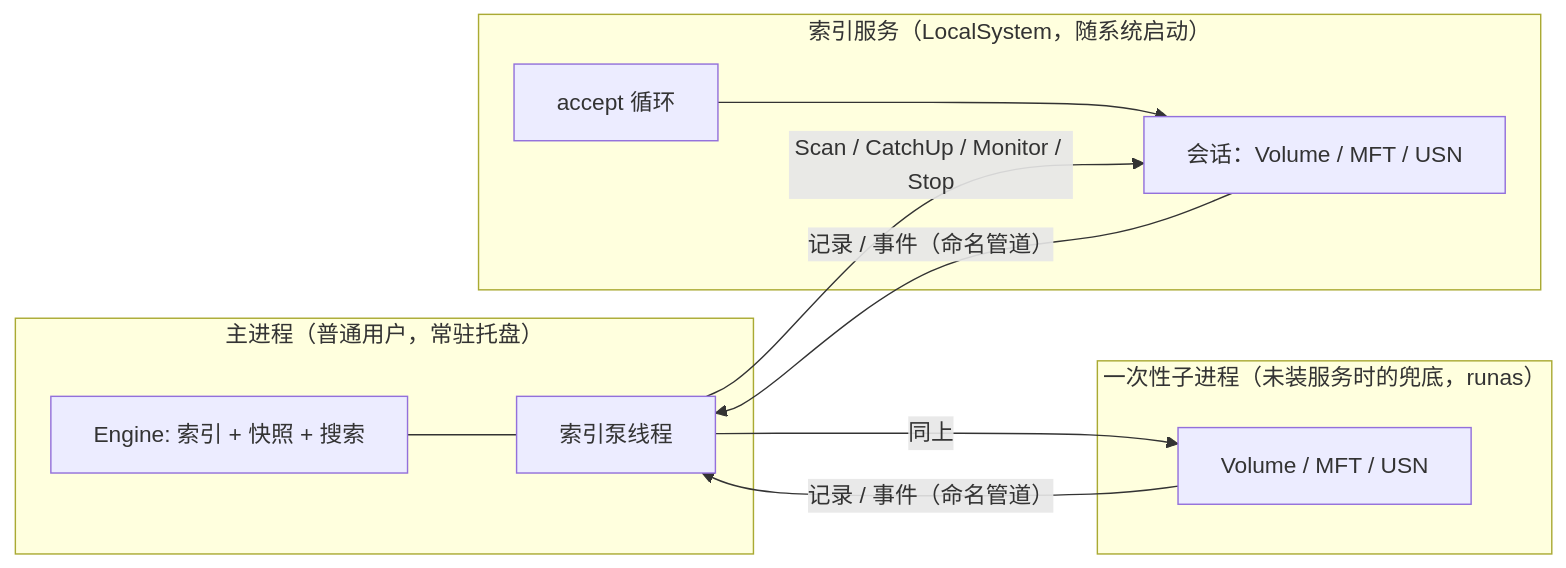
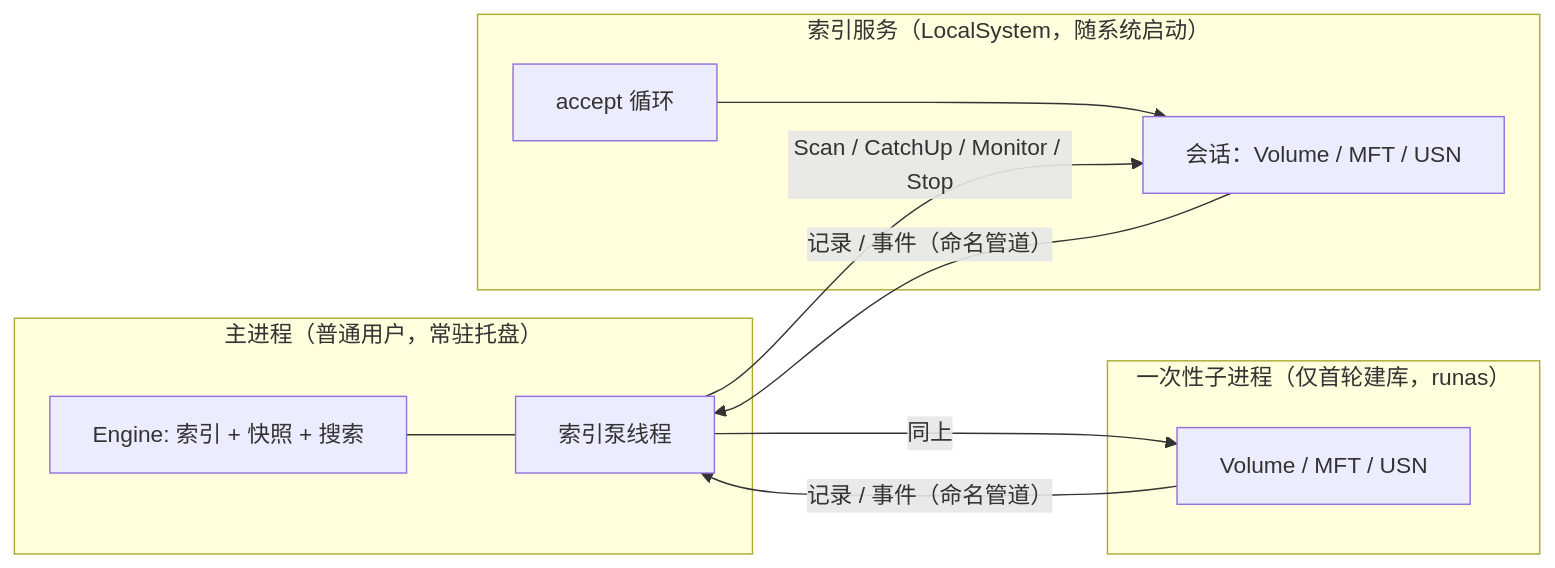
The first of 4 diagrams in docs/search-engine.md (zephyraluco/rastflow), drawn with Mermaid before and after one commit. The commit also changed other lines of this file and 7 other files, not shown here.

````diff
--- a/docs/search-engine.md
+++ b/docs/search-engine.md
@@ -24,20 +24,20 @@
 ```mermaid
 flowchart LR
     subgraph M["主进程（普通用户，常驻托盘）"]
         E["Engine: 索引 + 快照 + 搜索"]
         P["索引泵线程"]
         E --- P
     end
     subgraph S["索引服务（LocalSystem，随系统启动）"]
         L["accept 循环"]
         S1["会话：Volume / MFT / USN"]
         L --> S1
     end
-    subgraph H["一次性子进程（未装服务时的兜底，runas）"]
+    subgraph H["一次性子进程（仅首轮建库，runas）"]
         V["Volume / MFT / USN"]
     end
     S1 -- "记录 / 事件（命名管道）" --> P
     V -- "记录 / 事件（命名管道）" --> P
     P -- "Scan / CatchUp / Monitor / Stop" --> S1
     P -- "同上" --> V
 ```
````
